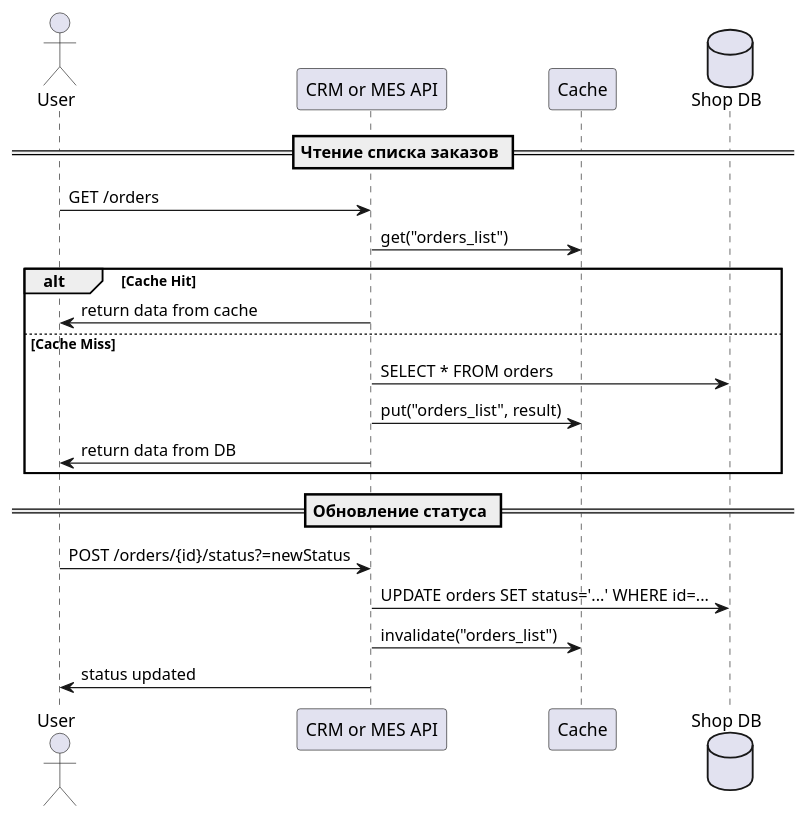
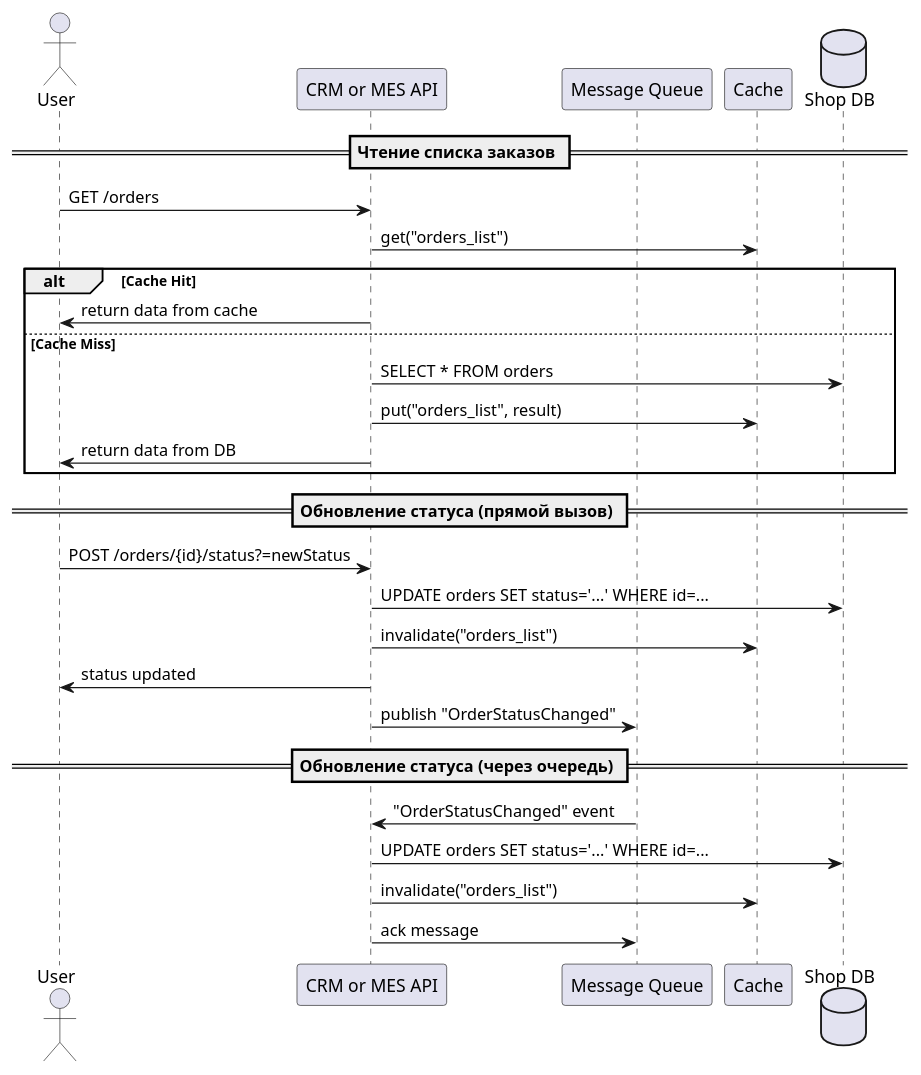
The diagram in Exc5/cache_sequence-diagram.puml (nikolaidstepanov/architecture-sprint-4), drawn with PlantUML before and after one commit. The commit also changed 5 other files, not shown here.

```diff
--- a/Exc5/cache_sequence-diagram.puml
+++ b/Exc5/cache_sequence-diagram.puml
@@ -1,25 +1,33 @@
 @startuml
 
 actor User as Operator
 participant "CRM or MES API" as API
+participant "Message Queue" as MQ
 participant Cache
 database "Shop DB" as DB
 
 == Чтение списка заказов ==
 Operator -> API : GET /orders
 API -> Cache : get("orders_list")
 alt Cache Hit
   API -> Operator : return data from cache
 else Cache Miss
   API -> DB : SELECT * FROM orders
   API -> Cache : put("orders_list", result)
   API -> Operator : return data from DB
 end
 
-== Обновление статуса ==
+== Обновление статуса (прямой вызов) ==
 Operator -> API : POST /orders/{id}/status?=newStatus
 API -> DB : UPDATE orders SET status='...' WHERE id=...
 API -> Cache : invalidate("orders_list")
 API -> Operator : status updated
+API -> MQ : publish "OrderStatusChanged"
+
+== Обновление статуса (через очередь) ==
+MQ -> API : "OrderStatusChanged" event
+API -> DB : UPDATE orders SET status='...' WHERE id=...
+API -> Cache : invalidate("orders_list")
+API -> MQ : ack message
 
 @enduml
```
